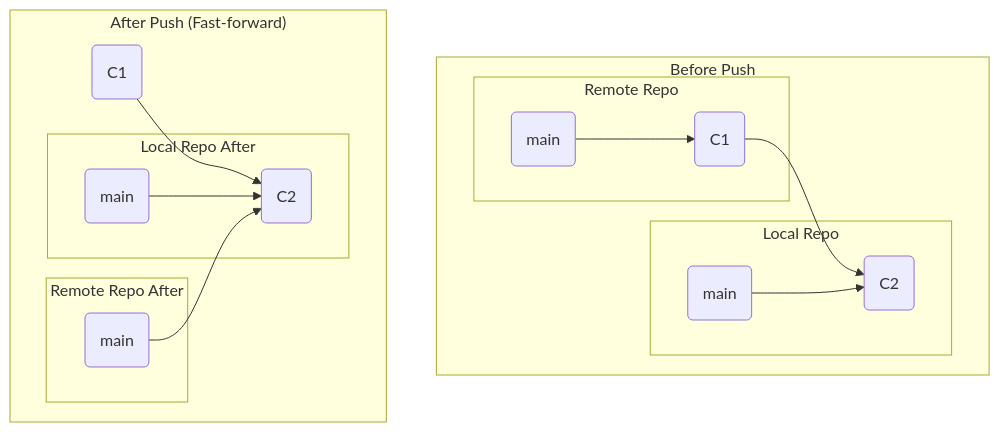
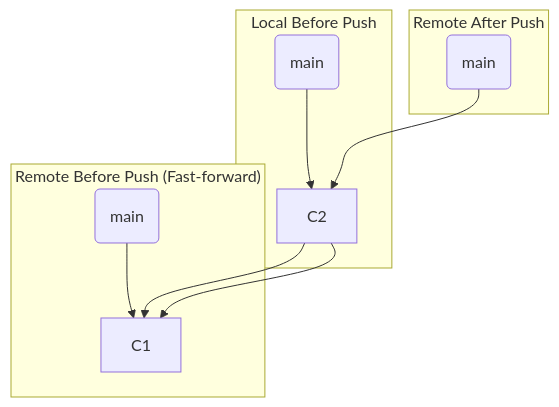
The first of 2 diagrams in manuscript/part5/chapter28.md (engineers-hub-ltd-in-house-project/git-deep-understanding), drawn with Mermaid before and after one commit. The commit also changed other lines of this file and 36 other files, not shown here.

````diff
--- a/manuscript/part5/chapter28.md
+++ b/manuscript/part5/chapter28.md
@@ -26,22 +33,12 @@
 ```mermaid
 graph TD
-    subgraph "Before Push"
-        C1("C1") --> C2("C2")
-        subgraph "Local Repo"
-            LocalMain("main") --> C2
-        end
-        subgraph "Remote Repo"
-            RemoteMain("main") --> C1
-        end
+    subgraph "Remote Before Push (Fast-forward)"
+        A("main") --> C1
     end
-
-    subgraph "After Push (Fast-forward)"
-        C1_after("C1") --> C2_after("C2")
-        subgraph "Local Repo After"
-            LocalMain_after("main") --> C2_after
-        end
-        subgraph "Remote Repo After"
-            RemoteMain_after("main") --> C2_after
-        end
+    subgraph "Local Before Push"
+        B("main") --> C2 --> C1
+    end
+    subgraph "Remote After Push"
+        D("main") --> C2 --> C1
     end
 ```
````
